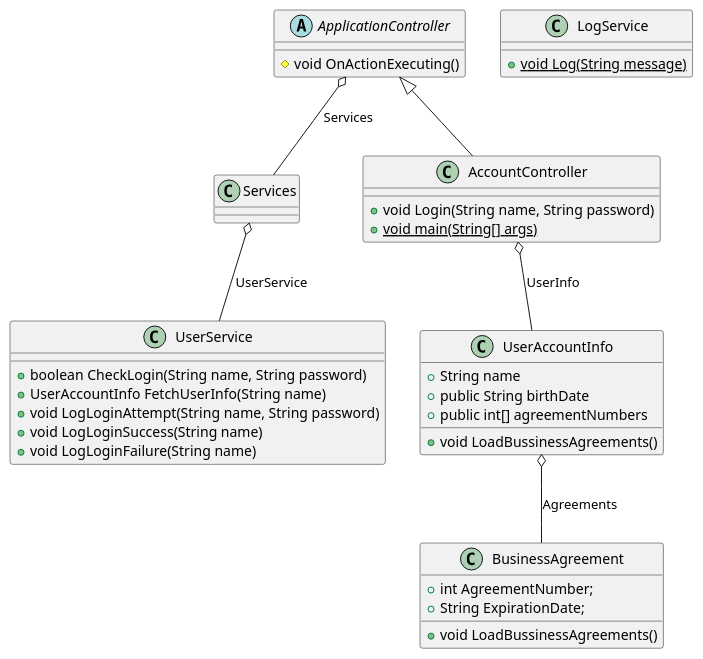
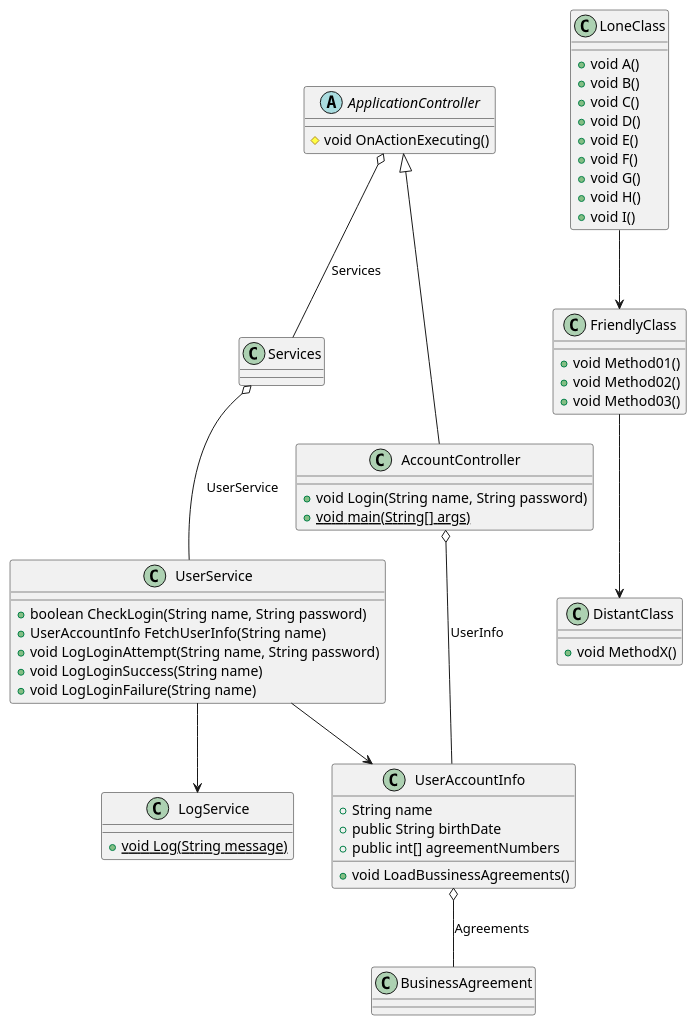
One commit to Neltharion59/java-sample-mvc changed the diagram in diagrams/class/ClassDiagram.puml. Above: the diagram before and after it, drawn with PlantUML. The commit also changed 1 other file, not shown here.

Commit message:
Update class diagram

```diff
--- a/diagrams/class/ClassDiagram.puml
+++ b/diagrams/class/ClassDiagram.puml
@@ -1,46 +1,67 @@
 @startuml
 
 abstract class ApplicationController {
     #void OnActionExecuting()
 }
 ApplicationController o-- Services : Services
 
 class AccountController extends ApplicationController {
     +void Login(String name, String password)
     +{static} void main(String[] args)
 }
 AccountController o-- UserAccountInfo : UserInfo
 
 class Services {
 }
 Services o-- UserService : UserService
 
 class UserService {
     +boolean CheckLogin(String name, String password)
     +UserAccountInfo FetchUserInfo(String name)
     +void LogLoginAttempt(String name, String password)
     +void LogLoginSuccess(String name)
     +void LogLoginFailure(String name)
 }
 
 class LogService{
     +{static} void Log(String message)
 }
 
 class UserAccountInfo {
     +String name
     +public String birthDate
     +public int[] agreementNumbers
 
     +void LoadBussinessAgreements()
 }
 UserAccountInfo o-- BusinessAgreement: Agreements
 
-class BusinessAgreement {
-    +int AgreementNumber;
-    +String ExpirationDate;
-
-    +void LoadBussinessAgreements()
+class LoneClass{
+    +void A()
+    +void B()
+    +void C()
+    +void D()
+    +void E()
+    +void F()
+    +void G()
+    +void H()
+    +void I()
 }
 
+class FriendlyClass{
+    +void Method01()
+    +void Method02()
+    +void Method03()
+}
+
+class DistantClass{
+    +void MethodX()
+}
+
+LoneClass--> FriendlyClass 
+FriendlyClass --> DistantClass
+
+UserService --> UserAccountInfo
+UserService --> LogService
+
 @enduml
```
